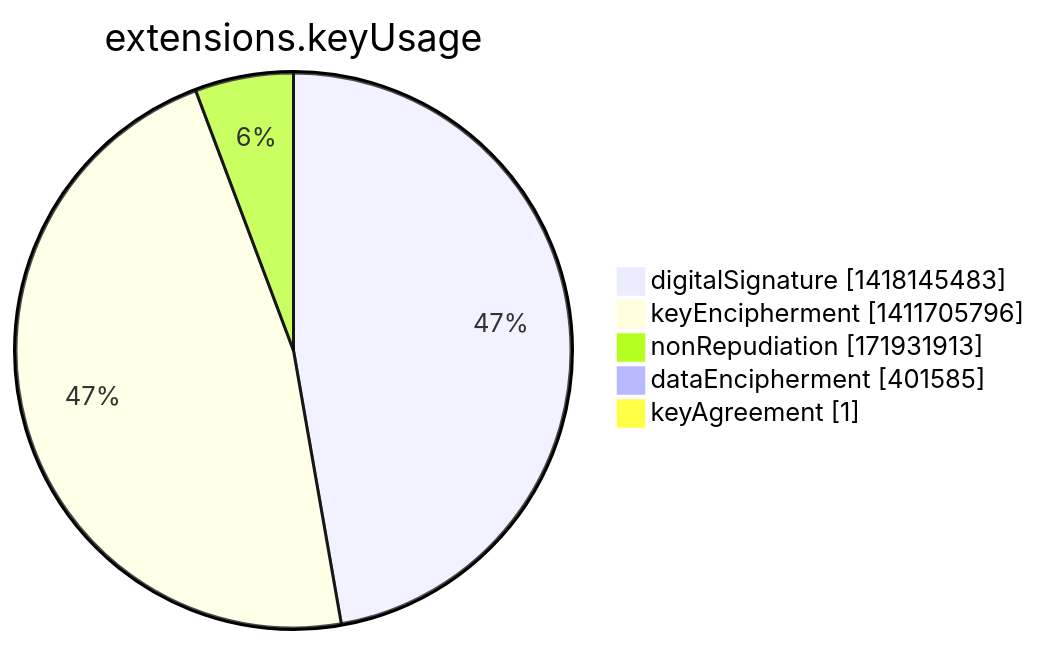
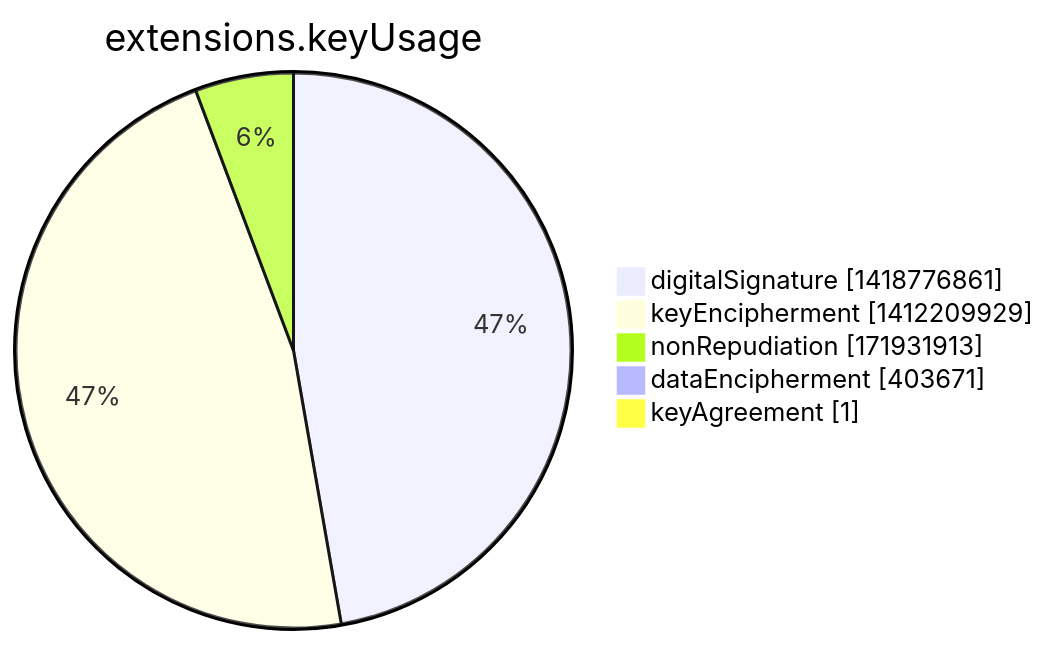
The seventh of 15 diagrams in argon2022/README.md (christiankrug/ctmonitor_visualization), drawn with Mermaid before and after one commit. The commit also changed other lines of this file, not shown here.

````diff
--- a/argon2022/README.md
+++ b/argon2022/README.md
@@ -2751,9 +2751,9 @@
 ```mermaid
 pie showData
 title extensions.keyUsage
-"digitalSignature" :1418145483
-"keyEncipherment" :1411705796
+"digitalSignature" :1418776861
+"keyEncipherment" :1412209929
 "nonRepudiation" :171931913
-"dataEncipherment" :401585
+"dataEncipherment" :403671
 "keyAgreement" :1
 ```
````
